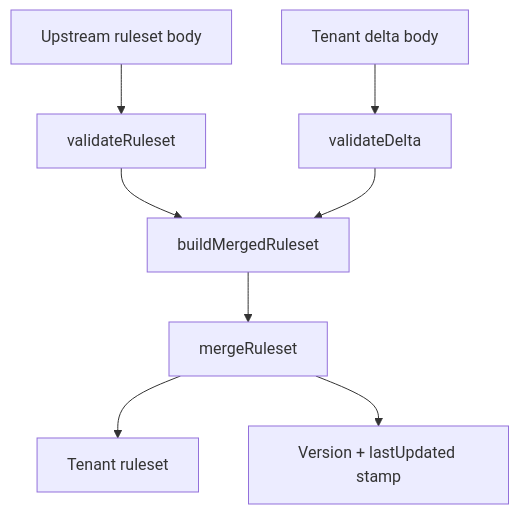
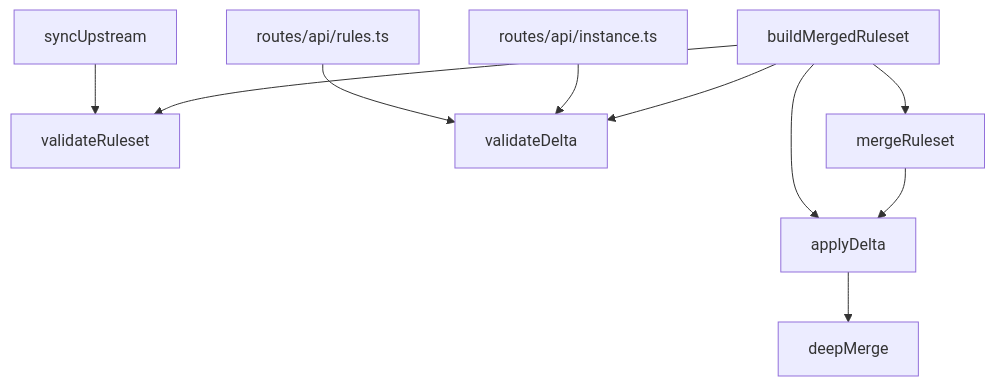
Before and after one commit to DailenG/CheckDeployManager: the diagram in docs/wiki/ruleset-validation-merge.md, drawn with Mermaid. The commit also changed other lines of this file and 14 other files, not shown here.

````diff
--- a/docs/wiki/ruleset-validation-merge.md
+++ b/docs/wiki/ruleset-validation-merge.md
@@ -16,10 +18,12 @@
 ```mermaid
 flowchart TD
-  A[Upstream ruleset body] --> B[validateRuleset]
-  C[Tenant delta body] --> D[validateDelta]
-  B --> E[buildMergedRuleset]
-  D --> E
-  E --> F[mergeRuleset]
-  F --> G[Tenant ruleset]
-  F --> H[Version + lastUpdated stamp]
+  A[syncUpstream] --> B[validateRuleset]
+  C[routes/api/rules.ts] --> D[validateDelta]
+  E[routes/api/instance.ts] --> D
+  F[buildMergedRuleset] --> B
+  F --> D
+  F --> G[applyDelta]
+  F --> H[mergeRuleset]
+  H --> G
+  G --> I[deepMerge]
 ```
````
